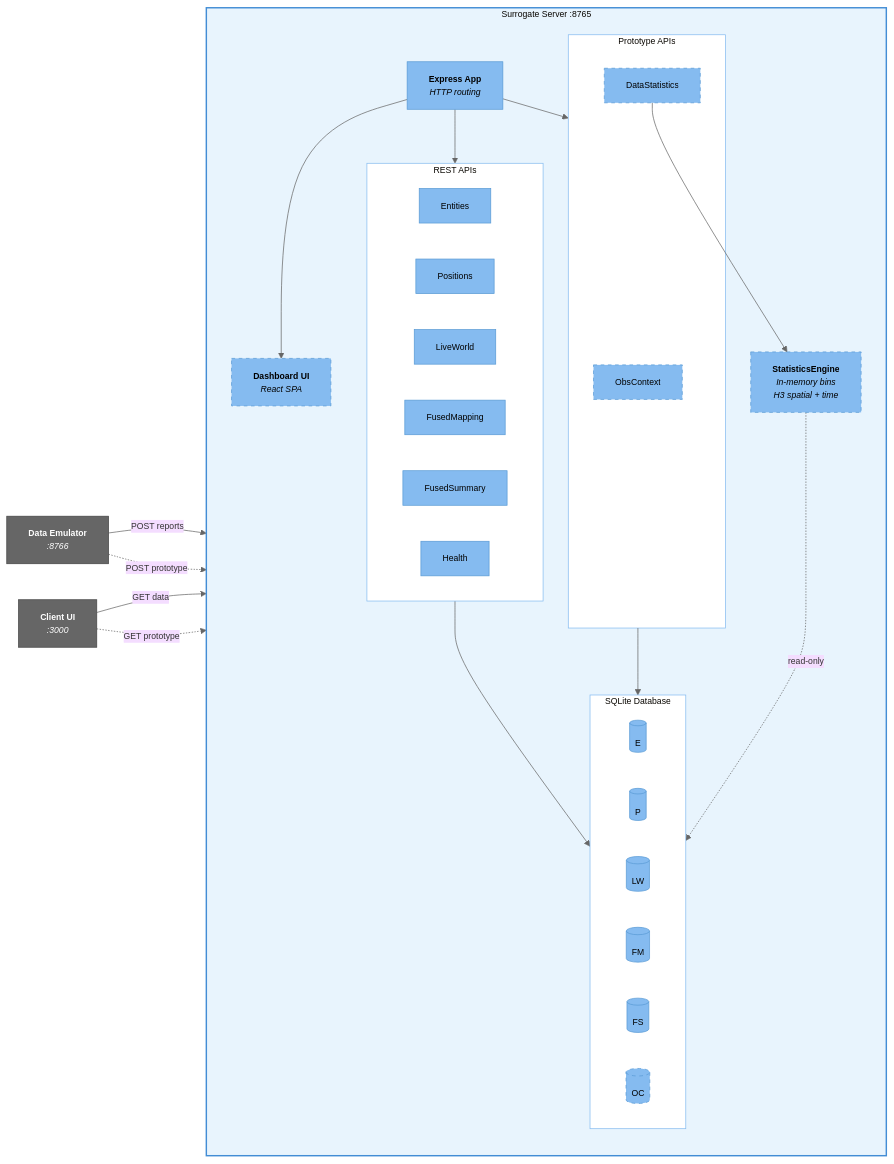
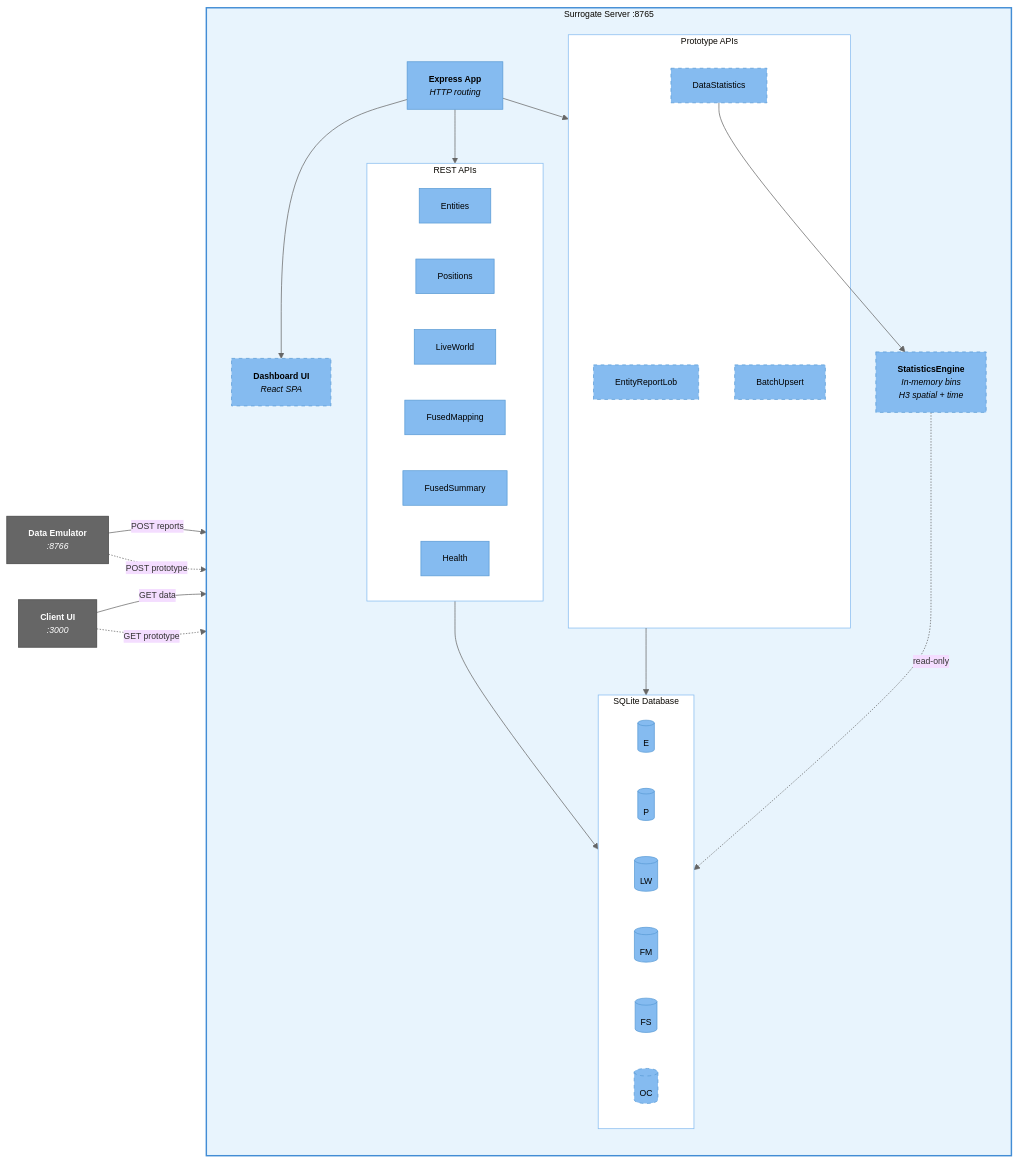
Before and after one commit to ericpauls/disco_workspace: the third of 6 diagrams in docs/c4-architecture-diagram.md, drawn with Mermaid. The commit also changed other lines of this file and 5 other files, not shown here.

First line of the commit message:
docs: Comprehensive documentation update — FIFO eviction, prototype specs, architecture diagrams

````diff
--- a/docs/c4-architecture-diagram.md
+++ b/docs/c4-architecture-diagram.md
@@ -106,64 +106,65 @@
 ```mermaid
 %%{init: {'theme': 'base', 'themeVariables': { 'lineColor': '#666', 'fontSize': '12px'}}}%%
 flowchart LR
     subgraph server["Surrogate Server :8765"]
         direction TB
         express["<b>Express App</b><br/><i>HTTP routing</i>"]
 
         subgraph apis["REST APIs"]
             entities["Entities"]
             positions["Positions"]
             liveworld["LiveWorld"]
             fusedMapping["FusedMapping"]
             fusedSummary["FusedSummary"]
             health["Health"]
         end
 
         subgraph proto_apis["Prototype APIs"]
-            obsctx_api["ObsContext"]
+            lob_api["EntityReportLob"]
             datastats_api["DataStatistics"]
+            batchupsert_api["BatchUpsert"]
         end
 
         stats_engine["<b>StatisticsEngine</b><br/><i>In-memory bins<br/>H3 spatial + time</i>"]
 
         dashboard_ui["<b>Dashboard UI</b><br/><i>React SPA</i>"]
 
         subgraph stores["SQLite Database"]
             e_db[("E")]
             p_db[("P")]
             lw_db[("LW")]
             fm_db[("FM")]
             fs_db[("FS")]
             oc_db[("OC")]
         end
 
         express --> apis
         express --> proto_apis
         express --> dashboard_ui
         apis --> stores
         proto_apis --> stores
         datastats_api --> stats_engine
         stats_engine -.->|read-only| stores
     end
 
     emulator["<b>Data Emulator</b><br/><i>:8766</i>"]
     client["<b>Client UI</b><br/><i>:3000</i>"]
 
     emulator -->|POST reports| apis
     emulator -.->|POST prototype| proto_apis
     client -->|GET data| apis
     client -.->|GET prototype| proto_apis
 
     classDef comp fill:#85BBF0,stroke:#5A9BD5,color:#000
     classDef proto fill:#85BBF0,stroke:#5A9BD5,color:#000,stroke-dasharray: 5 5
     classDef sbox fill:#E8F4FD,stroke:#438DD5,stroke-width:2px
     classDef ext fill:#666,stroke:#444,color:#fff
     classDef inner fill:#fff,stroke:#85BBF0,stroke-width:1px
 
     class express,entities,positions,liveworld,fusedMapping,fusedSummary,health comp
     class e_db,p_db,lw_db,fm_db,fs_db comp
-    class obsctx_api,datastats_api,oc_db,stats_engine,dashboard_ui proto
+    class lob_api,datastats_api,batchupsert_api,oc_db,stats_engine,dashboard_ui proto
     class server sbox
     class emulator,client ext
     class apis,stores,proto_apis inner
 ```
````
